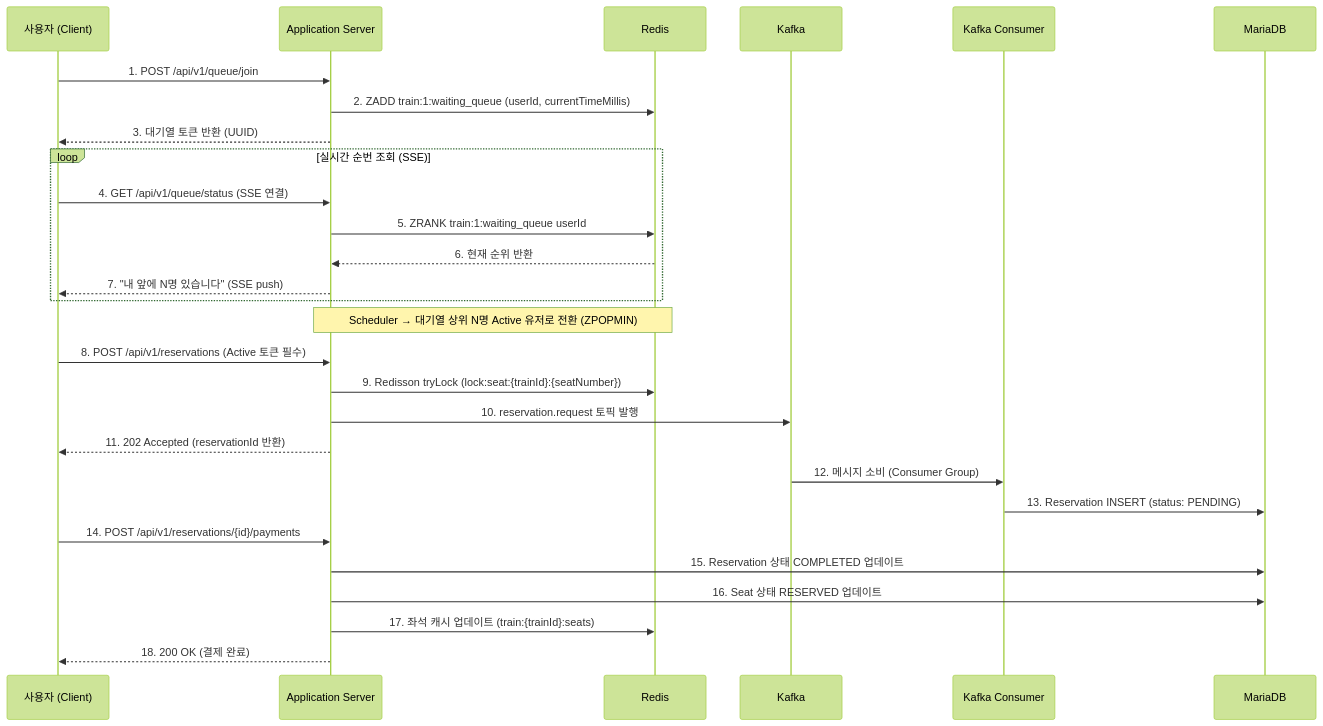
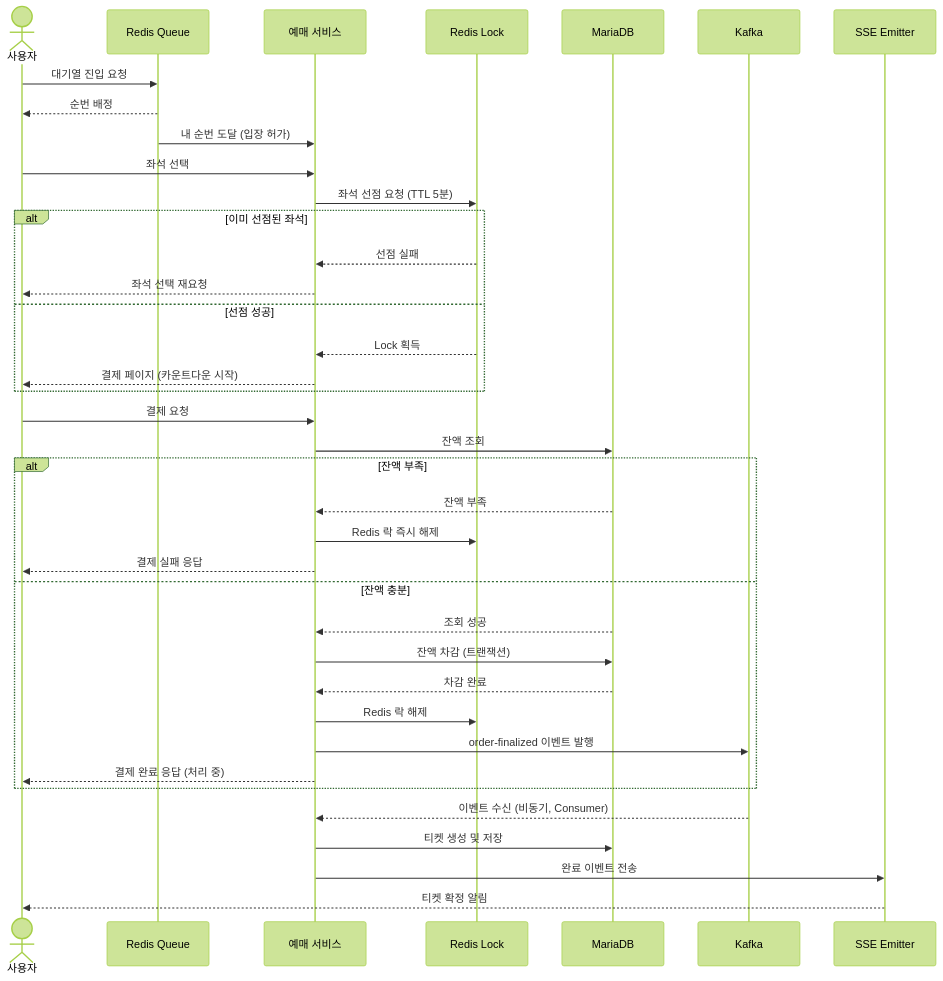
One commit to edel1212/ticket changed the diagram in docs/trd.md. Above: the diagram before and after it, drawn with Mermaid (forest theme). The commit also changed other lines of this file, not shown here.

First line of the commit message:
docs: TRD 아키텍처 섹션 업데이트 — 결제 흐름 및 Outbox 패턴 반영

````diff
--- a/docs/trd.md
+++ b/docs/trd.md
@@ -19,36 +30,46 @@
 ```mermaid
 sequenceDiagram
-    participant U as 사용자 (Client)
-    participant A as Application Server
-    participant R as Redis
-    participant K as Kafka
-    participant C as Kafka Consumer
-    participant D as MariaDB
+    actor User as 사용자
+    participant Queue as Redis Queue
+    participant Svc as 예매 서비스
+    participant Lock as Redis Lock
+    participant DB as MariaDB
+    participant Kafka as Kafka
+    participant SSE as SSE Emitter
 
-    U->>A: 1. POST /api/v1/queue/join
-    A->>R: 2. ZADD train:1:waiting_queue (userId, currentTimeMillis)
-    A-->>U: 3. 대기열 토큰 반환 (UUID)
+    User->>Queue: 대기열 진입 요청
+    Queue-->>User: 순번 배정
 
-    loop 실시간 순번 조회 (SSE)
-        U->>A: 4. GET /api/v1/queue/status (SSE 연결)
-        A->>R: 5. ZRANK train:1:waiting_queue userId
-        R-->>A: 6. 현재 순위 반환
-        A-->>U: 7. "내 앞에 N명 있습니다" (SSE push)
+    Queue->>Svc: 내 순번 도달 (입장 허가)
+    User->>Svc: 좌석 선택
+
+    Svc->>Lock: 좌석 선점 요청 (TTL 5분)
+    alt 이미 선점된 좌석
+        Lock-->>Svc: 선점 실패
+        Svc-->>User: 좌석 선택 재요청
+    else 선점 성공
+        Lock-->>Svc: Lock 획득
+        Svc-->>User: 결제 페이지 (카운트다운 시작)
     end
 
-    Note over A,R: Scheduler → 대기열 상위 N명 Active 유저로 전환 (ZPOPMIN)
+    User->>Svc: 결제 요청
+    Svc->>DB: 잔액 조회
 
-    U->>A: 8. POST /api/v1/reservations (Active 토큰 필수)
-    A->>R: 9. Redisson tryLock (lock:seat:{trainId}:{seatNumber})
-    A->>K: 10. reservation.request 토픽 발행
-    A-->>U: 11. 202 Accepted (reservationId 반환)
+    alt 잔액 부족
+        DB-->>Svc: 잔액 부족
+        Svc->>Lock: Redis 락 즉시 해제
+        Svc-->>User: 결제 실패 응답
+    else 잔액 충분
+        DB-->>Svc: 조회 성공
+        Svc->>DB: 잔액 차감 (트랜잭션)
+        DB-->>Svc: 차감 완료
+        Svc->>Lock: Redis 락 해제
+        Svc->>Kafka: order-finalized 이벤트 발행
+        Svc-->>User: 결제 완료 응답 (처리 중)
+    end
 
-    K->>C: 12. 메시지 소비 (Consumer Group)
-    C->>D: 13. Reservation INSERT (status: PENDING)
-
-    U->>A: 14. POST /api/v1/reservations/{id}/payments
-    A->>D: 15. Reservation 상태 COMPLETED 업데이트
-    A->>D: 16. Seat 상태 RESERVED 업데이트
-    A->>R: 17. 좌석 캐시 업데이트 (train:{trainId}:seats)
-    A-->>U: 18. 200 OK (결제 완료)
+    Kafka-->>Svc: 이벤트 수신 (비동기, Consumer)
+    Svc->>DB: 티켓 생성 및 저장
+    Svc->>SSE: 완료 이벤트 전송
+    SSE-->>User: 티켓 확정 알림
 ```
````
